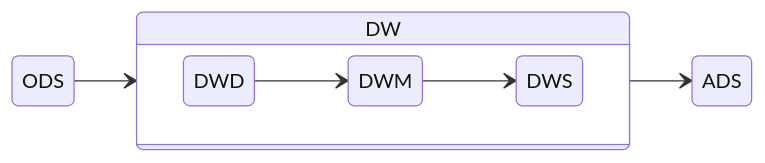
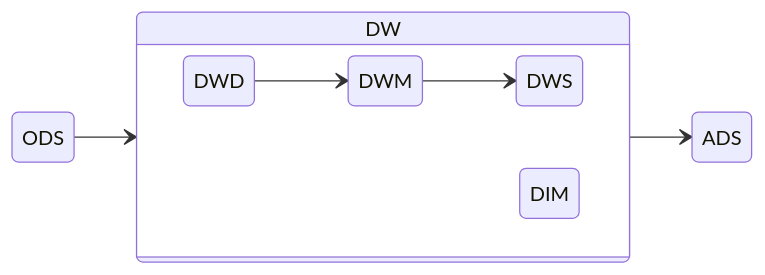
The second of 2 diagrams in doc/数据技术/数据仓库.md (0xcaffebabe/note), drawn with Mermaid before and after one commit. The commit also changed other lines of this file, not shown here.

````diff
--- a/doc/数据技术/数据仓库.md
+++ b/doc/数据技术/数据仓库.md
@@ -39,11 +64,12 @@
 ```mermaid
 stateDiagram-v2
   direction LR
   ODS --> DW
   state DW {
     direction LR
     DWD --> DWM
     DWM --> DWS
+    DIM
   }
   DW --> ADS
 ```
````
